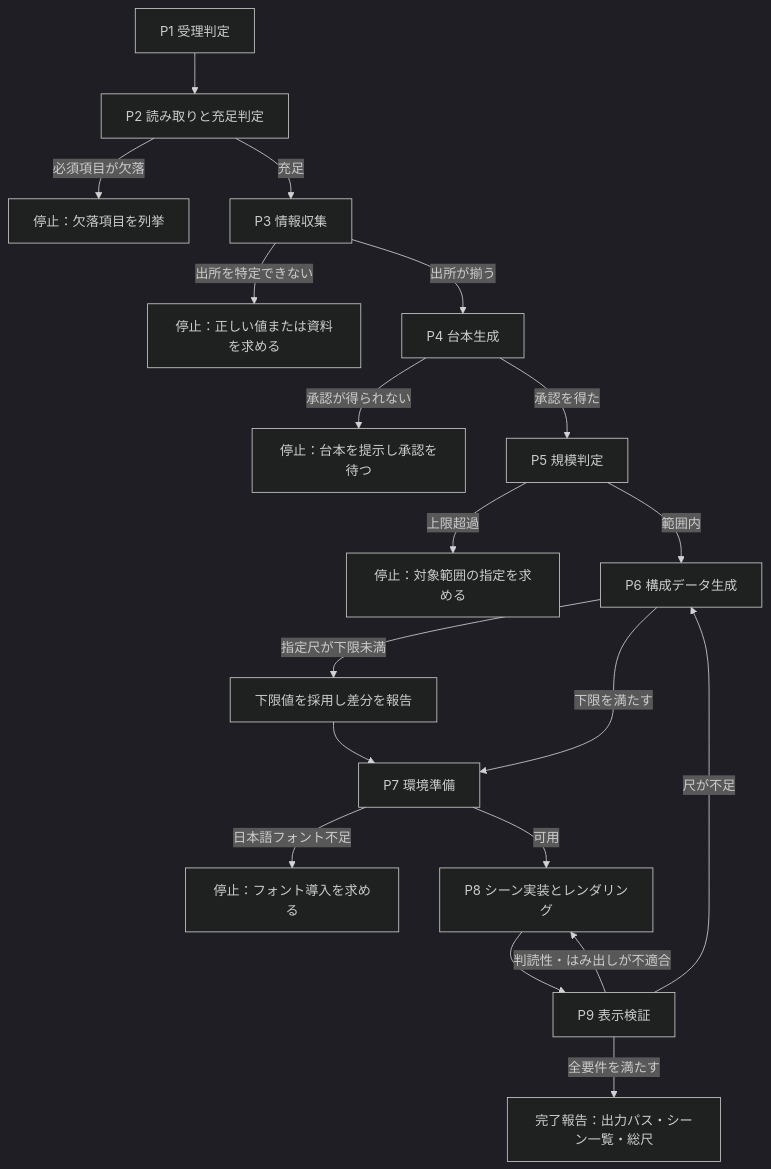
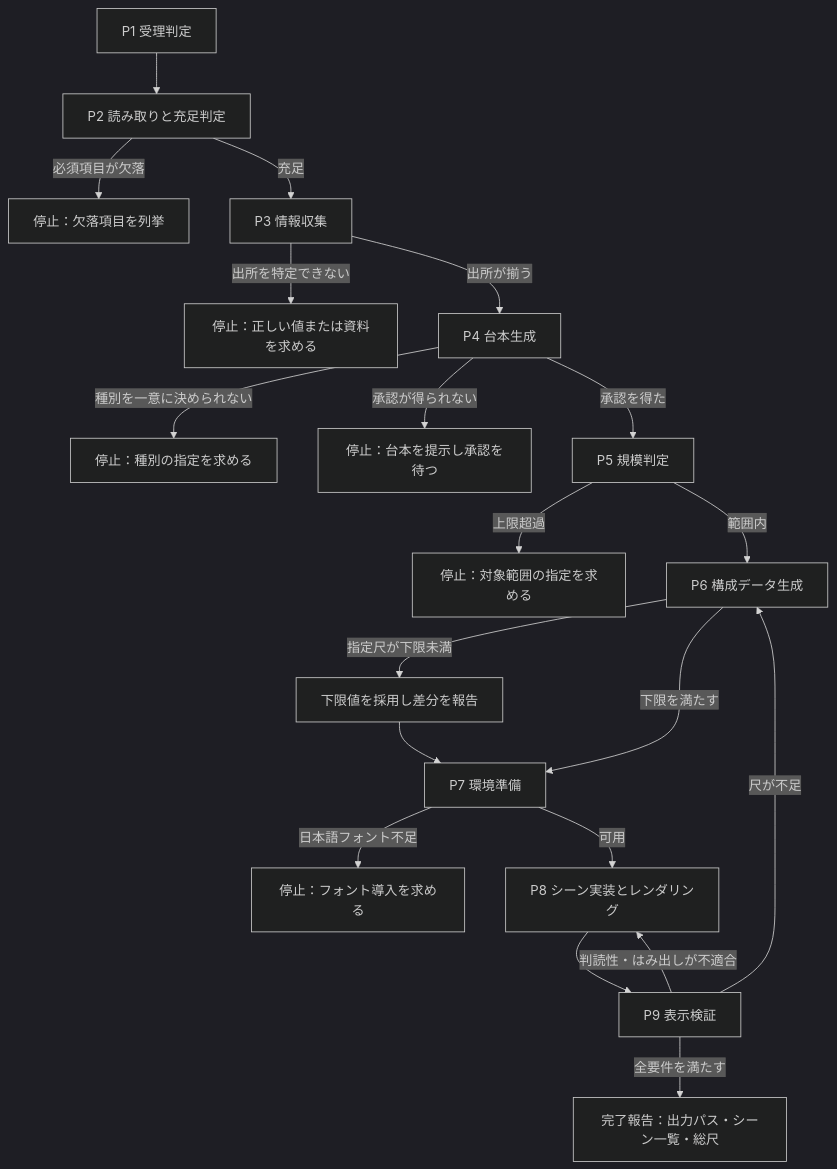
One commit to rictaworks/spec-to-mp4-video-skill changed the second of 3 diagrams in requirements.md. Above: the diagram before and after it, drawn with Mermaid (dark theme). The commit also changed other lines of this file and 4 other files, not shown here.

````diff
--- a/requirements.md
+++ b/requirements.md
@@ -303,21 +303,22 @@
 ```mermaid
 flowchart TD
     P1[P1 受理判定] --> P2[P2 読み取りと充足判定]
     P2 -->|必須項目が欠落| S1[停止：欠落項目を列挙]
     P2 -->|充足| P3[P3 情報収集]
     P3 -->|出所を特定できない| S4[停止：正しい値または資料を求める]
     P3 -->|出所が揃う| P4[P4 台本生成]
+    P4 -->|種別を一意に決められない| S6[停止：種別の指定を求める]
     P4 -->|承認が得られない| S5[停止：台本を提示し承認を待つ]
     P4 -->|承認を得た| P5[P5 規模判定]
     P5 -->|上限超過| S2[停止：対象範囲の指定を求める]
     P5 -->|範囲内| P6[P6 構成データ生成]
     P6 -->|指定尺が下限未満| P6B[下限値を採用し差分を報告]
     P6B --> P7[P7 環境準備]
     P6 -->|下限を満たす| P7
     P7 -->|日本語フォント不足| S3[停止：フォント導入を求める]
     P7 -->|可用| P8[P8 シーン実装とレンダリング]
     P8 --> P9[P9 表示検証]
     P9 -->|判読性・はみ出しが不適合| P8
     P9 -->|尺が不足| P6
     P9 -->|全要件を満たす| R[完了報告：出力パス・シーン一覧・総尺]
 ```
````
